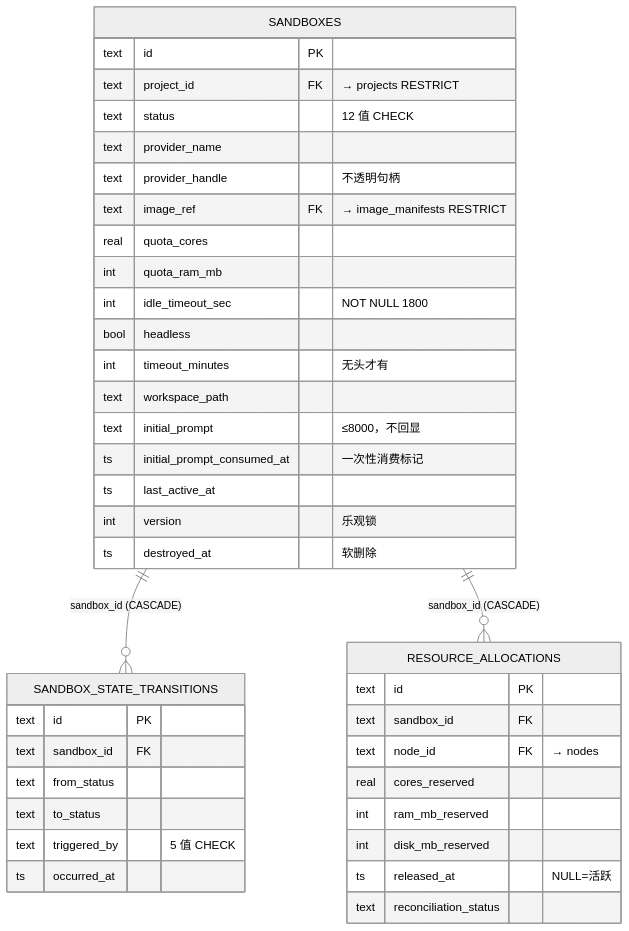
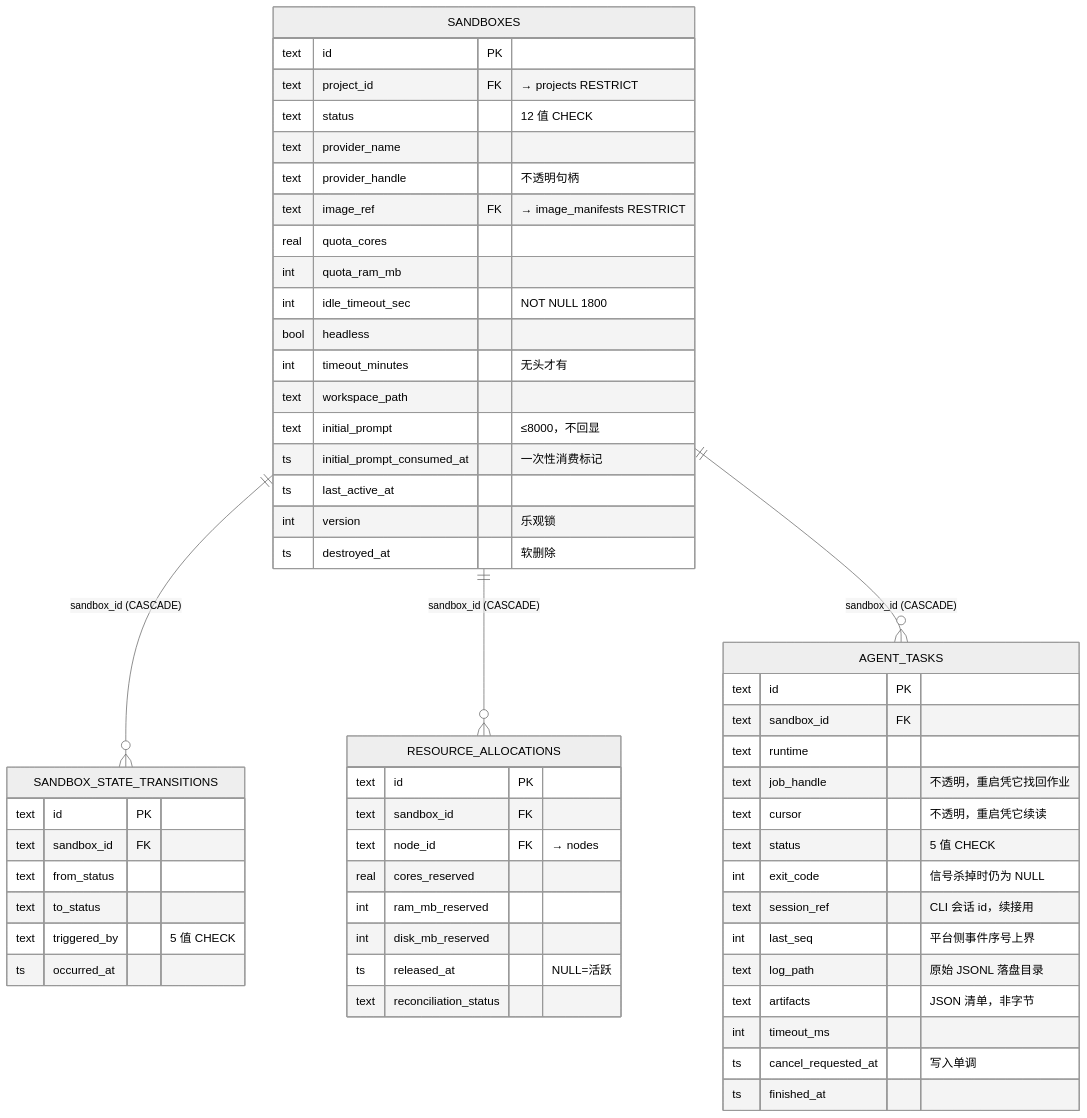
One commit to Xeonice/cloud-agent-platform-docs changed the first of 9 diagrams in docs/backend/13-后端数据库设计.md. Above: the diagram before and after it, drawn with Mermaid (neutral theme). The commit also changed other lines of this file and 17 other files, not shown here.

````diff
--- a/docs/backend/13-后端数据库设计.md
+++ b/docs/backend/13-后端数据库设计.md
@@ -149,42 +191,59 @@
 ```mermaid
 erDiagram
     SANDBOXES ||--o{ SANDBOX_STATE_TRANSITIONS : "sandbox_id (CASCADE)"
     SANDBOXES ||--o{ RESOURCE_ALLOCATIONS : "sandbox_id (CASCADE)"
+    SANDBOXES ||--o{ AGENT_TASKS : "sandbox_id (CASCADE)"
     SANDBOXES {
         text id PK
         text project_id FK "→ projects RESTRICT"
         text status "12 值 CHECK"
         text provider_name
         text provider_handle "不透明句柄"
         text image_ref FK "→ image_manifests RESTRICT"
         real quota_cores
         int quota_ram_mb
         int idle_timeout_sec "NOT NULL 1800"
         bool headless
         int timeout_minutes "无头才有"
         text workspace_path
         text initial_prompt "≤8000，不回显"
         ts initial_prompt_consumed_at "一次性消费标记"
         ts last_active_at
         int version "乐观锁"
         ts destroyed_at "软删除"
     }
     SANDBOX_STATE_TRANSITIONS {
         text id PK
         text sandbox_id FK
         text from_status
         text to_status
         text triggered_by "5 值 CHECK"
         ts occurred_at
     }
     RESOURCE_ALLOCATIONS {
         text id PK
         text sandbox_id FK
         text node_id FK "→ nodes"
         real cores_reserved
         int ram_mb_reserved
         int disk_mb_reserved
         ts released_at "NULL=活跃"
         text reconciliation_status
     }
+    AGENT_TASKS {
+        text id PK
+        text sandbox_id FK
+        text runtime
+        text job_handle "不透明，重启凭它找回作业"
+        text cursor "不透明，重启凭它续读"
+        text status "5 值 CHECK"
+        int exit_code "信号杀掉时仍为 NULL"
+        text session_ref "CLI 会话 id，续接用"
+        int last_seq "平台侧事件序号上界"
+        text log_path "原始 JSONL 落盘目录"
+        text artifacts "JSON 清单，非字节"
+        int timeout_ms
+        ts cancel_requested_at "写入单调"
+        ts finished_at
+    }
 ```
````
